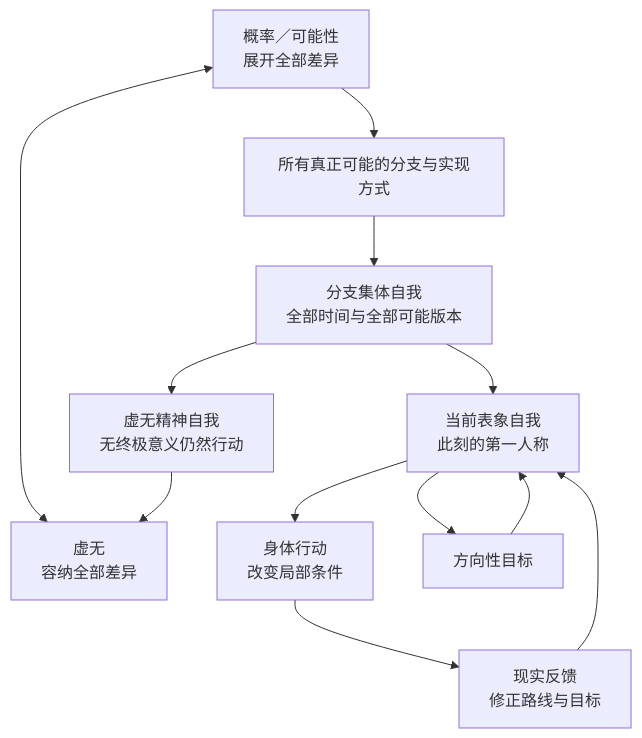
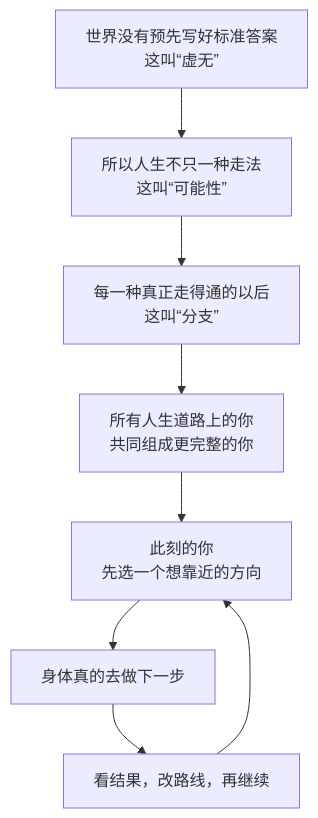
Before and after one commit to touensan/touen-circle-of-possibility: the diagram in README.md, drawn with Mermaid. The commit also changed other lines of this file and 5 other files, not shown here.

````diff
--- a/README.md
+++ b/README.md
@@ -118,14 +188,18 @@
 ```mermaid
 flowchart TB
-    P["概率／可能性<br/>展开全部差异"] <--> V["虚无<br/>容纳全部差异"]
-    P --> W["所有真正可能的分支与实现方式"]
-    W --> C["分支集体自我<br/>全部时间与全部可能版本"]
-    C --> S["当前表象自我<br/>此刻的第一人称"]
-    S --> B["身体行动<br/>改变局部条件"]
-    B --> F["现实反馈<br/>修正路线与目标"]
-    F --> S
-    S --> G["方向性目标"]
-    G --> S
-    C --> N["虚无精神自我<br/>无终极意义仍然行动"]
-    N --> V
+    V["世界没有预先写好标准答案<br/>这叫“虚无”"]
+    P["所以人生不只一种走法<br/>这叫“可能性”"]
+    R["每一种真正走得通的以后<br/>这叫“分支”"]
+    A["所有人生道路上的你<br/>共同组成更完整的你"]
+    N["此刻的你<br/>先选一个想靠近的方向"]
+    B["身体真的去做下一步"]
+    F["看结果，改路线，再继续"]
+
+    V --> P
+    P --> R
+    R --> A
+    A --> N
+    N --> B
+    B --> F
+    F --> N
 ```
````
